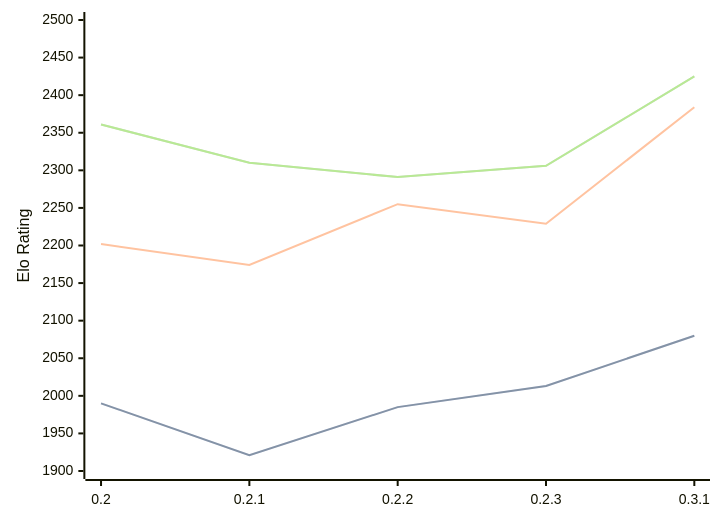
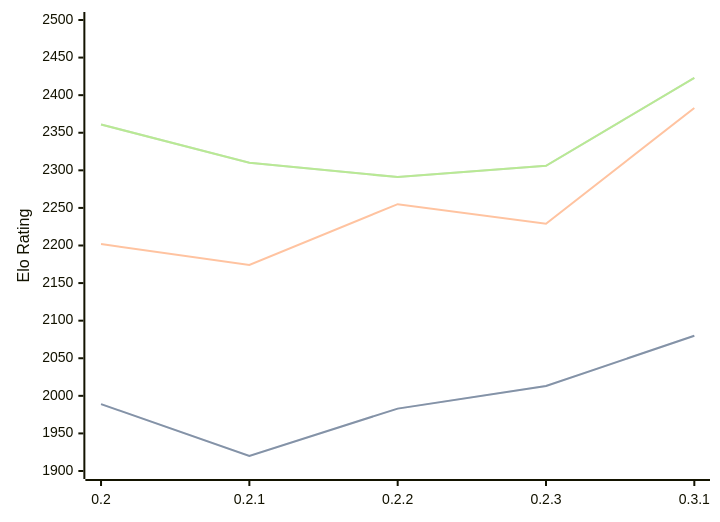
The third of 3 diagrams in engines/Lolbot.md (computer-chess-index/cci), drawn with Mermaid before and after one commit. The commit also changed other lines of this file, not shown here.

Commit message:
Update CCI Ratings (ELO VLTC) - 2026-06-30

````diff
--- a/engines/Lolbot.md
+++ b/engines/Lolbot.md
@@ -69,11 +69,11 @@
 ```mermaid
 %%{init: {"theme":"base","themeVariables":{"seriesColors:['#a3a3a3','#222221','#faa371']}}}%%
 xychart-beta
   x-axis ["0.2", "0.2.1", "0.2.2", "0.2.3", "0.3.1"]
   y-axis "Elo Rating" 1900 --> 2500
-  line "STC (8.0+0.08s)" [1990, 1921, 1985, 2013, 2080]
-  line "STC (8.0+0.08s)" [1990, 1921, 1985, 2013, 2080]
-  line "LTC (60.0+0.60s)" [2202, 2174, 2255, 2229, 2384]
-  line "VLTC (2m24s+1.12s)" [2361, 2310, 2291, 2306, 2425]
-  line "VLTC (2m24s+1.12s)" [2361, 2310, 2291, 2306, 2425]
+  line "STC (8.0+0.08s)" [1989, 1920, 1983, 2013, 2080]
+  line "STC (8.0+0.08s)" [1989, 1920, 1983, 2013, 2080]
+  line "LTC (60.0+0.60s)" [2202, 2174, 2255, 2229, 2383]
+  line "VLTC (2m24s+1.12s)" [2361, 2310, 2291, 2306, 2423]
+  line "VLTC (2m24s+1.12s)" [2361, 2310, 2291, 2306, 2423]
 ```
````
